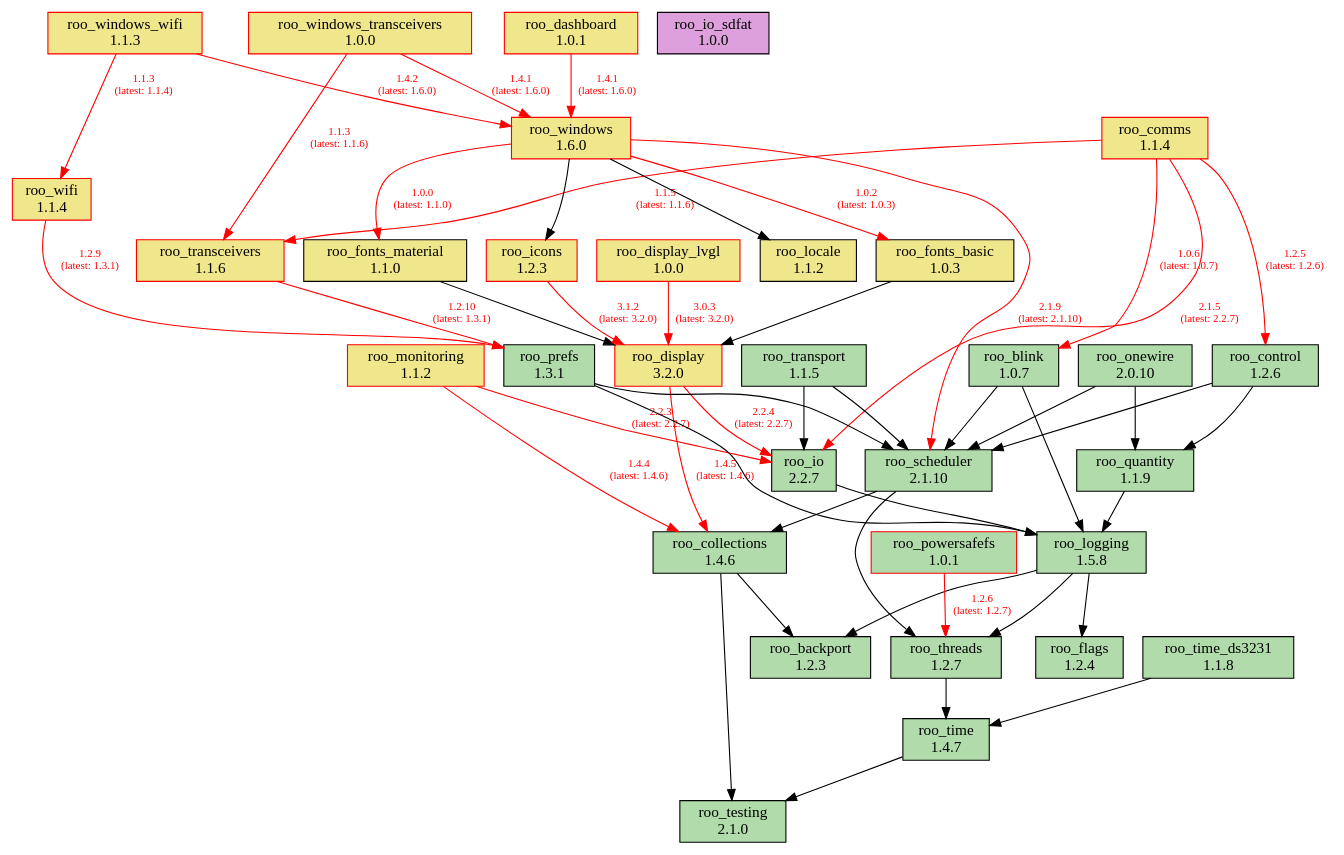
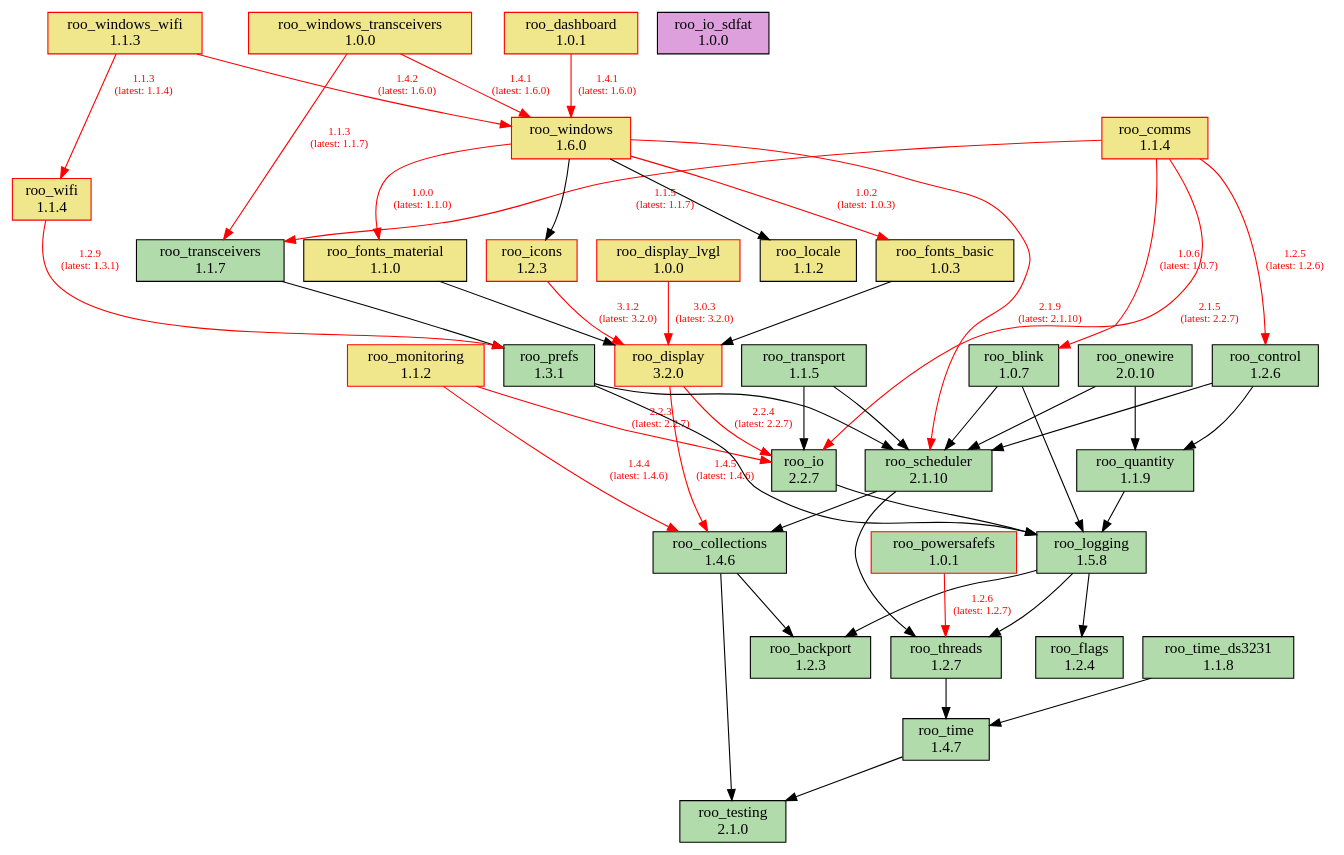
One commit to dejwk/roo-registry changed the diagram in doc/dependencies.dot. Above: the diagram before and after it, drawn with Graphviz. The commit also changed 3 other files, not shown here.

Commit message:
Added roo_transceivers 1.1.7 to the registry.

```diff
--- a/doc/dependencies.dot
+++ b/doc/dependencies.dot
@@ -1,88 +1,88 @@
 digraph dependencies {
     rankdir=TB;
     node [shape=box, style=filled];
     edge [fontsize=10];
 
     // Modules
     "roo_backport" [label="roo_backport\n1.2.3", fillcolor="#b1dbab", color="black"];
     "roo_blink" [label="roo_blink\n1.0.7", fillcolor="#b1dbab", color="black"];
     "roo_collections" [label="roo_collections\n1.4.6", fillcolor="#b1dbab", color="black"];
     "roo_comms" [label="roo_comms\n1.1.4", fillcolor="khaki", color="red"];
     "roo_control" [label="roo_control\n1.2.6", fillcolor="#b1dbab", color="black"];
     "roo_dashboard" [label="roo_dashboard\n1.0.1", fillcolor="khaki", color="red"];
     "roo_display" [label="roo_display\n3.2.0", fillcolor="khaki", color="red"];
     "roo_display_lvgl" [label="roo_display_lvgl\n1.0.0", fillcolor="khaki", color="red"];
     "roo_flags" [label="roo_flags\n1.2.4", fillcolor="#b1dbab", color="black"];
     "roo_fonts_basic" [label="roo_fonts_basic\n1.0.3", fillcolor="khaki", color="black"];
     "roo_fonts_material" [label="roo_fonts_material\n1.1.0", fillcolor="khaki", color="black"];
     "roo_icons" [label="roo_icons\n1.2.3", fillcolor="khaki", color="red"];
     "roo_io" [label="roo_io\n2.2.7", fillcolor="#b1dbab", color="black"];
     "roo_io_sdfat" [label="roo_io_sdfat\n1.0.0", fillcolor="plum", color="black"];
     "roo_locale" [label="roo_locale\n1.1.2", fillcolor="khaki", color="black"];
     "roo_logging" [label="roo_logging\n1.5.8", fillcolor="#b1dbab", color="black"];
     "roo_monitoring" [label="roo_monitoring\n1.1.2", fillcolor="khaki", color="red"];
     "roo_onewire" [label="roo_onewire\n2.0.10", fillcolor="#b1dbab", color="black"];
     "roo_powersafefs" [label="roo_powersafefs\n1.0.1", fillcolor="#b1dbab", color="red"];
     "roo_prefs" [label="roo_prefs\n1.3.1", fillcolor="#b1dbab", color="black"];
     "roo_quantity" [label="roo_quantity\n1.1.9", fillcolor="#b1dbab", color="black"];
     "roo_scheduler" [label="roo_scheduler\n2.1.10", fillcolor="#b1dbab", color="black"];
     "roo_testing" [label="roo_testing\n2.1.0", fillcolor="#b1dbab", color="black"];
     "roo_threads" [label="roo_threads\n1.2.7", fillcolor="#b1dbab", color="black"];
     "roo_time" [label="roo_time\n1.4.7", fillcolor="#b1dbab", color="black"];
     "roo_time_ds3231" [label="roo_time_ds3231\n1.1.8", fillcolor="#b1dbab", color="black"];
-    "roo_transceivers" [label="roo_transceivers\n1.1.6", fillcolor="khaki", color="red"];
+    "roo_transceivers" [label="roo_transceivers\n1.1.7", fillcolor="#b1dbab", color="black"];
     "roo_transport" [label="roo_transport\n1.1.5", fillcolor="#b1dbab", color="black"];
     "roo_wifi" [label="roo_wifi\n1.1.4", fillcolor="khaki", color="red"];
     "roo_windows" [label="roo_windows\n1.6.0", fillcolor="khaki", color="red"];
     "roo_windows_transceivers" [label="roo_windows_transceivers\n1.0.0", fillcolor="khaki", color="red"];
     "roo_windows_wifi" [label="roo_windows_wifi\n1.1.3", fillcolor="khaki", color="red"];
 
     // Dependencies
     "roo_blink" -> "roo_logging";
     "roo_blink" -> "roo_scheduler";
     "roo_collections" -> "roo_testing";
     "roo_collections" -> "roo_backport";
     "roo_comms" -> "roo_blink" [color=red, fontcolor=red, label="1.0.6\n(latest: 1.0.7)"];
     "roo_comms" -> "roo_control" [color=red, fontcolor=red, label="1.2.5\n(latest: 1.2.6)"];
     "roo_comms" -> "roo_io" [color=red, fontcolor=red, label="2.1.5\n(latest: 2.2.7)"];
-    "roo_comms" -> "roo_transceivers" [color=red, fontcolor=red, label="1.1.5\n(latest: 1.1.6)"];
+    "roo_comms" -> "roo_transceivers" [color=red, fontcolor=red, label="1.1.5\n(latest: 1.1.7)"];
     "roo_control" -> "roo_quantity";
     "roo_control" -> "roo_scheduler";
     "roo_dashboard" -> "roo_windows" [color=red, fontcolor=red, label="1.4.1\n(latest: 1.6.0)"];
     "roo_display" -> "roo_collections" [color=red, fontcolor=red, label="1.4.5\n(latest: 1.4.6)"];
     "roo_display" -> "roo_io" [color=red, fontcolor=red, label="2.2.4\n(latest: 2.2.7)"];
     "roo_display_lvgl" -> "roo_display" [color=red, fontcolor=red, label="3.0.3\n(latest: 3.2.0)"];
     "roo_fonts_basic" -> "roo_display";
     "roo_fonts_material" -> "roo_display";
     "roo_icons" -> "roo_display" [color=red, fontcolor=red, label="3.1.2\n(latest: 3.2.0)"];
     "roo_io" -> "roo_logging";
     "roo_logging" -> "roo_backport";
     "roo_logging" -> "roo_flags";
     "roo_logging" -> "roo_threads";
     "roo_monitoring" -> "roo_collections" [color=red, fontcolor=red, label="1.4.4\n(latest: 1.4.6)"];
     "roo_monitoring" -> "roo_io" [color=red, fontcolor=red, label="2.2.3\n(latest: 2.2.7)"];
     "roo_onewire" -> "roo_scheduler";
     "roo_onewire" -> "roo_quantity";
     "roo_powersafefs" -> "roo_threads" [color=red, fontcolor=red, label="1.2.6\n(latest: 1.2.7)"];
     "roo_prefs" -> "roo_logging";
     "roo_prefs" -> "roo_scheduler";
     "roo_quantity" -> "roo_logging";
     "roo_scheduler" -> "roo_collections";
     "roo_scheduler" -> "roo_threads";
     "roo_threads" -> "roo_time";
     "roo_time" -> "roo_testing";
     "roo_time_ds3231" -> "roo_time";
-    "roo_transceivers" -> "roo_prefs" [color=red, fontcolor=red, label="1.2.10\n(latest: 1.3.1)"];
+    "roo_transceivers" -> "roo_prefs";
     "roo_transport" -> "roo_io";
     "roo_transport" -> "roo_scheduler";
     "roo_wifi" -> "roo_prefs" [color=red, fontcolor=red, label="1.2.9\n(latest: 1.3.1)"];
     "roo_windows" -> "roo_fonts_basic" [color=red, fontcolor=red, label="1.0.2\n(latest: 1.0.3)"];
     "roo_windows" -> "roo_fonts_material" [color=red, fontcolor=red, label="1.0.0\n(latest: 1.1.0)"];
     "roo_windows" -> "roo_locale";
     "roo_windows" -> "roo_icons";
     "roo_windows" -> "roo_scheduler" [color=red, fontcolor=red, label="2.1.9\n(latest: 2.1.10)"];
-    "roo_windows_transceivers" -> "roo_transceivers" [color=red, fontcolor=red, label="1.1.3\n(latest: 1.1.6)"];
+    "roo_windows_transceivers" -> "roo_transceivers" [color=red, fontcolor=red, label="1.1.3\n(latest: 1.1.7)"];
     "roo_windows_transceivers" -> "roo_windows" [color=red, fontcolor=red, label="1.4.1\n(latest: 1.6.0)"];
     "roo_windows_wifi" -> "roo_wifi" [color=red, fontcolor=red, label="1.1.3\n(latest: 1.1.4)"];
     "roo_windows_wifi" -> "roo_windows" [color=red, fontcolor=red, label="1.4.2\n(latest: 1.6.0)"];
 }
```
